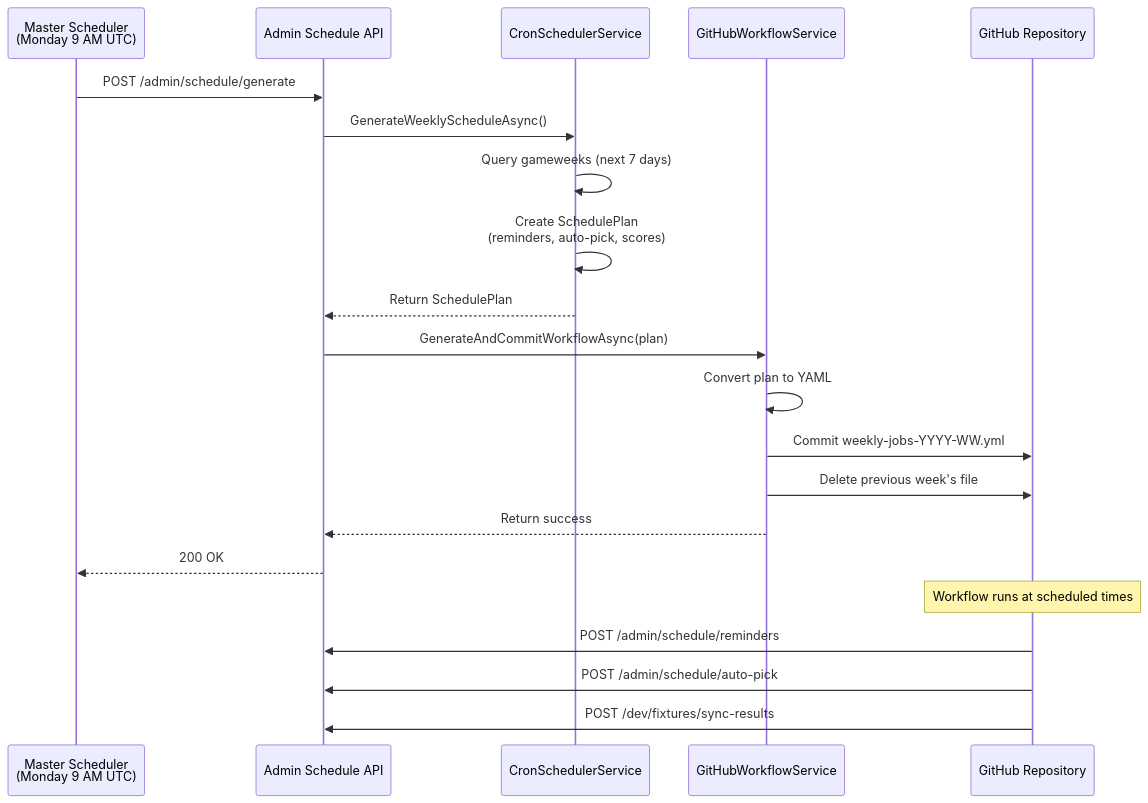
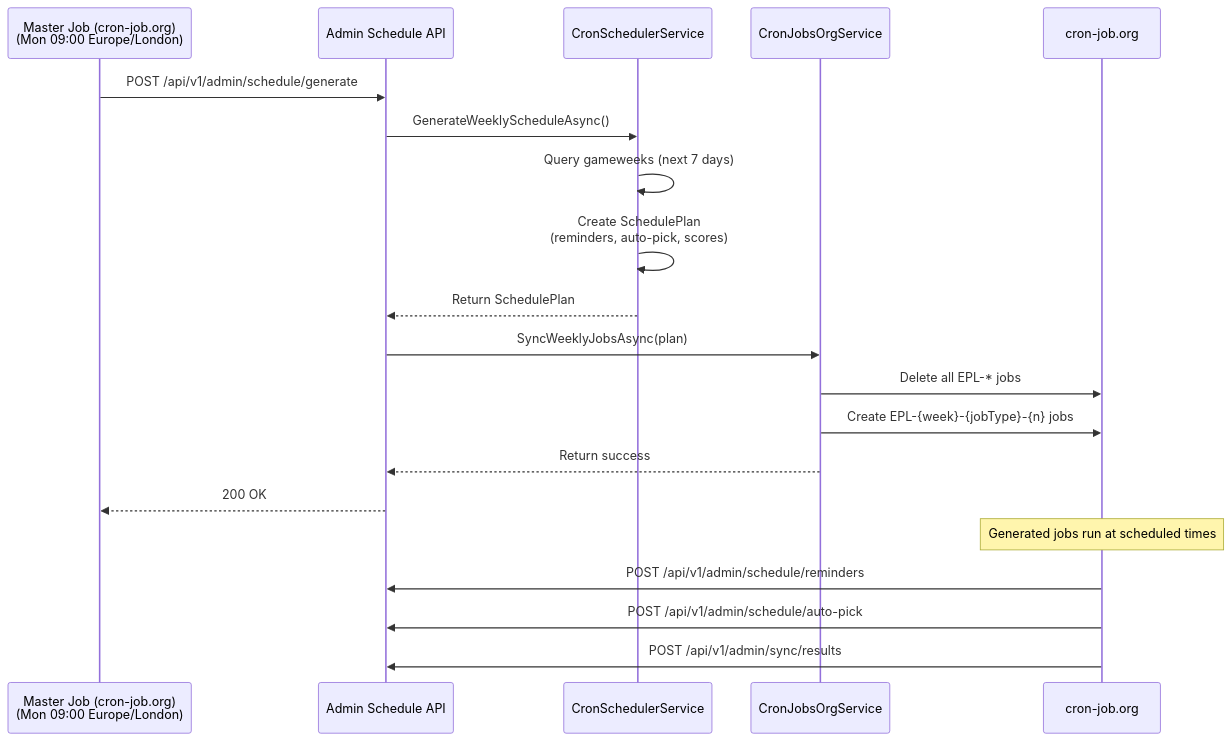
The second of 2 diagrams in backend/README.md (nickbutler25/PremierLeaguePredictions), drawn with Mermaid before and after one commit. The commit also changed other lines of this file and 13 other files, not shown here.

First line of the commit message:
Retire GitHub Actions scheduler: docs, dead code, and render.yaml

````diff
--- a/backend/README.md
+++ b/backend/README.md
@@ -112,25 +112,24 @@
 ```mermaid
 sequenceDiagram
-    participant Master as Master Scheduler<br/>(Monday 9 AM UTC)
+    participant Master as Master Job (cron-job.org)<br/>(Mon 09:00 Europe/London)
     participant API as Admin Schedule API
     participant Scheduler as CronSchedulerService
-    participant GitHub as GitHubWorkflowService
-    participant Repo as GitHub Repository
+    participant CronSvc as CronJobsOrgService
+    participant Cron as cron-job.org
 
-    Master->>API: POST /admin/schedule/generate
+    Master->>API: POST /api/v1/admin/schedule/generate
     API->>Scheduler: GenerateWeeklyScheduleAsync()
     Scheduler->>Scheduler: Query gameweeks (next 7 days)
     Scheduler->>Scheduler: Create SchedulePlan<br/>(reminders, auto-pick, scores)
     Scheduler-->>API: Return SchedulePlan
-    API->>GitHub: GenerateAndCommitWorkflowAsync(plan)
-    GitHub->>GitHub: Convert plan to YAML
-    GitHub->>Repo: Commit weekly-jobs-YYYY-WW.yml
-    GitHub->>Repo: Delete previous week's file
-    GitHub-->>API: Return success
+    API->>CronSvc: SyncWeeklyJobsAsync(plan)
+    CronSvc->>Cron: Delete all EPL-* jobs
+    CronSvc->>Cron: Create EPL-{week}-{jobType}-{n} jobs
+    CronSvc-->>API: Return success
     API-->>Master: 200 OK
 
-    Note over Repo: Workflow runs at scheduled times
-    Repo->>API: POST /admin/schedule/reminders
-    Repo->>API: POST /admin/schedule/auto-pick
-    Repo->>API: POST /dev/fixtures/sync-results
+    Note over Cron: Generated jobs run at scheduled times
+    Cron->>API: POST /api/v1/admin/schedule/reminders
+    Cron->>API: POST /api/v1/admin/schedule/auto-pick
+    Cron->>API: POST /api/v1/admin/sync/results
 ```
````
